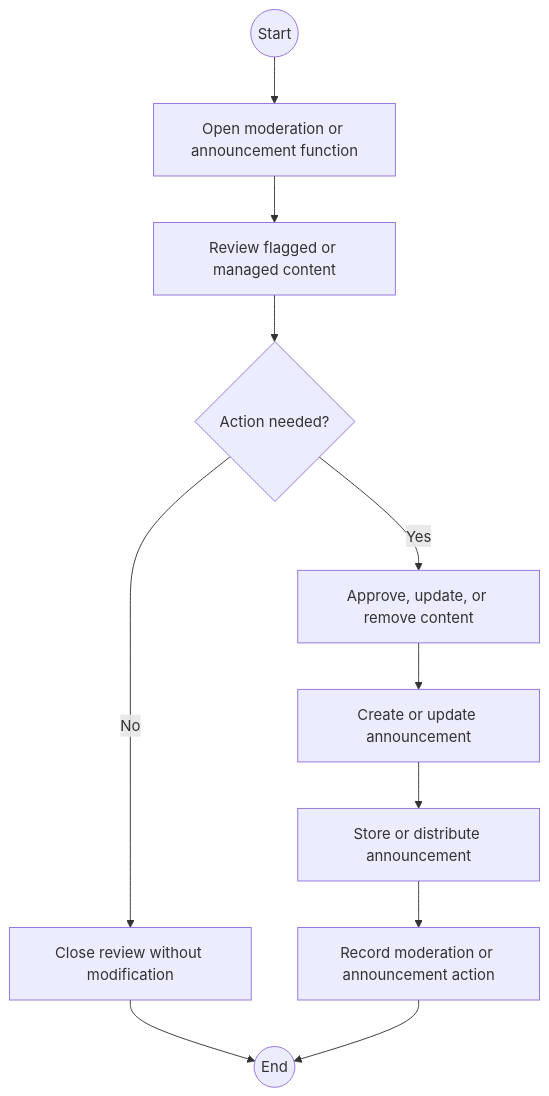
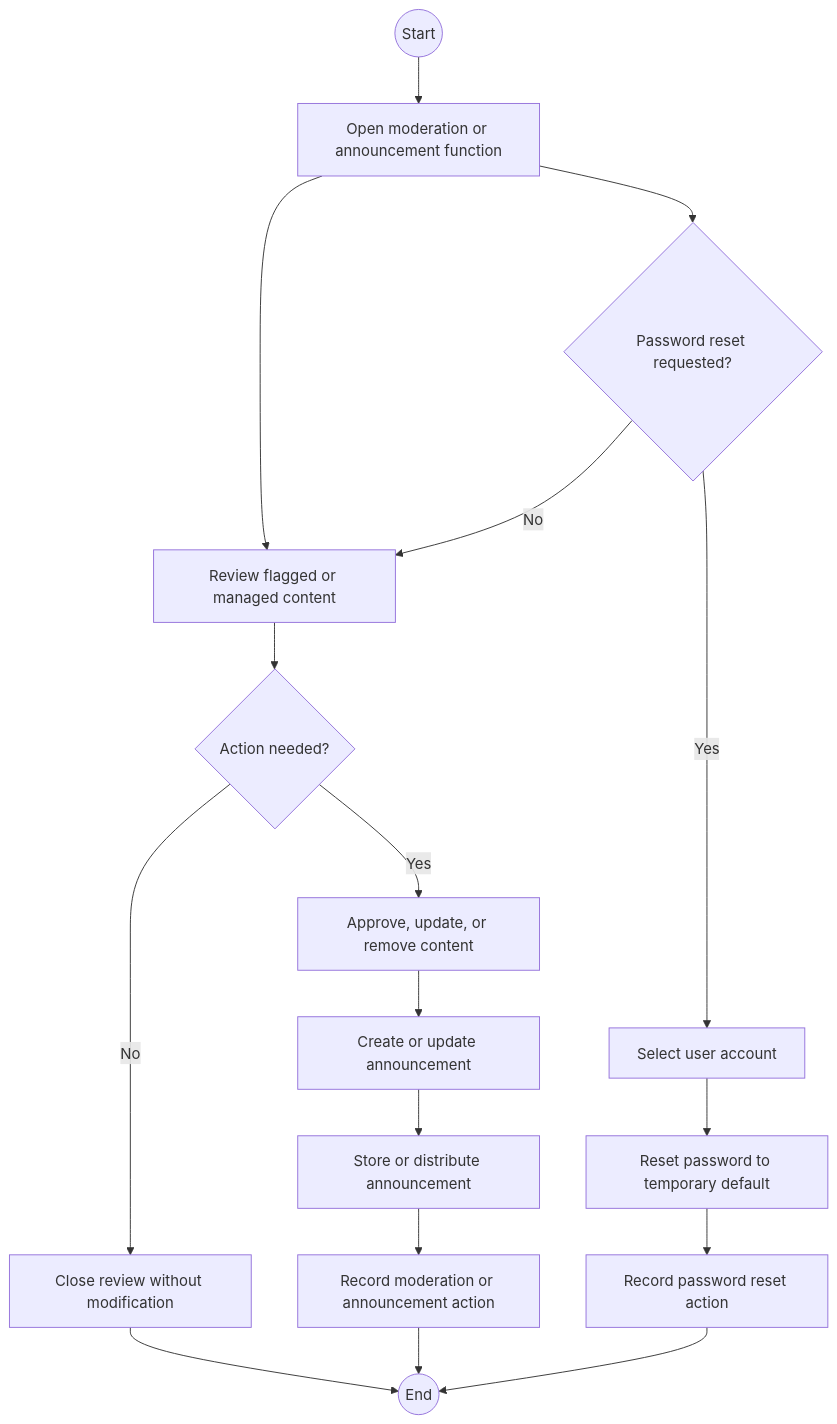
Before and after one commit to wingkit123/QuestLearn: diagram 15 of 15 in part-i/Use-Cases.md, drawn with Mermaid. The commit also changed other lines of this file and 4 other files, not shown here.

Commit message:
Add admin-mediated password reset feature to documentation

````diff
--- a/part-i/Use-Cases.md
+++ b/part-i/Use-Cases.md
@@ -544,13 +547,19 @@
 ```mermaid
 flowchart TD
     A((Start)) --> B[Open moderation or announcement function]
     B --> C[Review flagged or managed content]
     C --> D{Action needed?}
     D -- No --> E[Close review without modification]
     E --> Z((End))
     D -- Yes --> F[Approve, update, or remove content]
     F --> G[Create or update announcement]
     G --> H[Store or distribute announcement]
     H --> I[Record moderation or announcement action]
-    I --> Z((End))
+    I --> Z
+    B --> J{Password reset requested?}
+    J -- No --> C
+    J -- Yes --> K[Select user account]
+    K --> L[Reset password to temporary default]
+    L --> M[Record password reset action]
+    M --> Z
 ```
````
